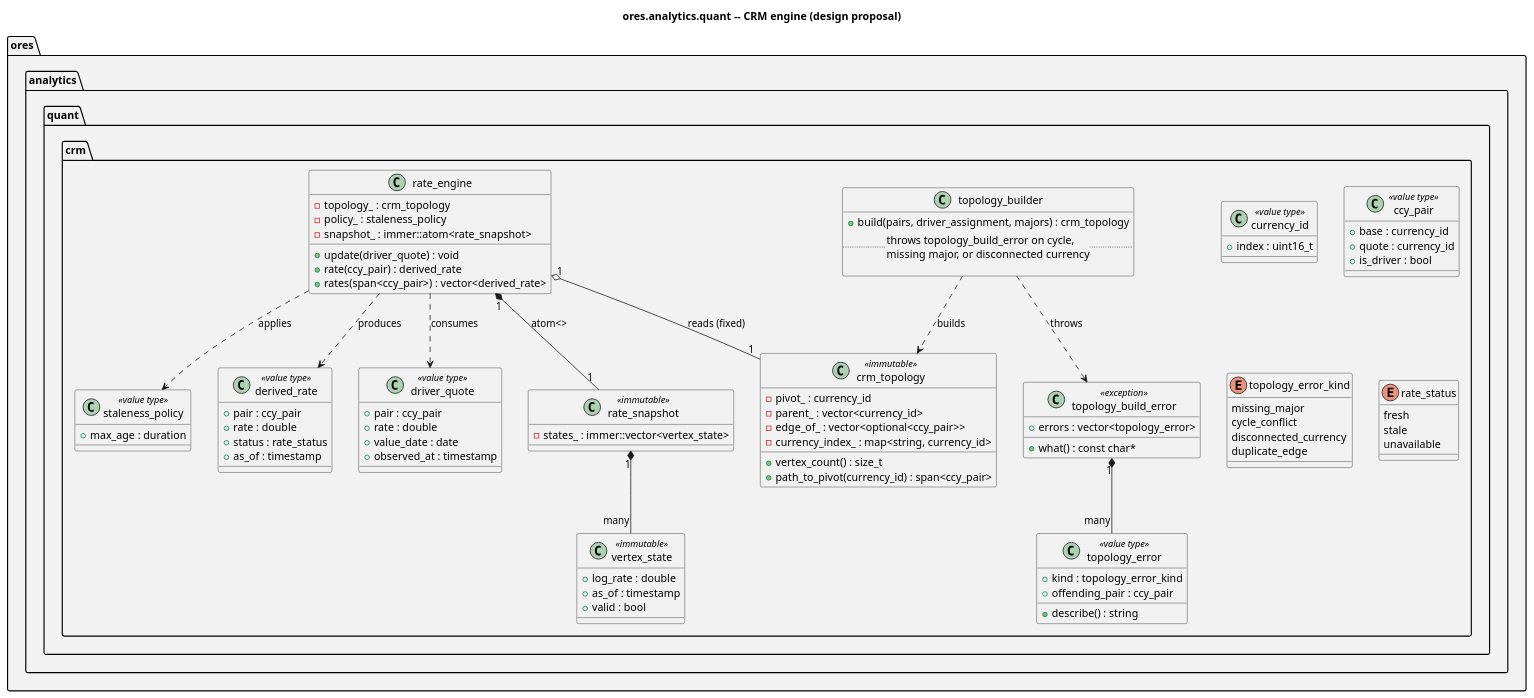
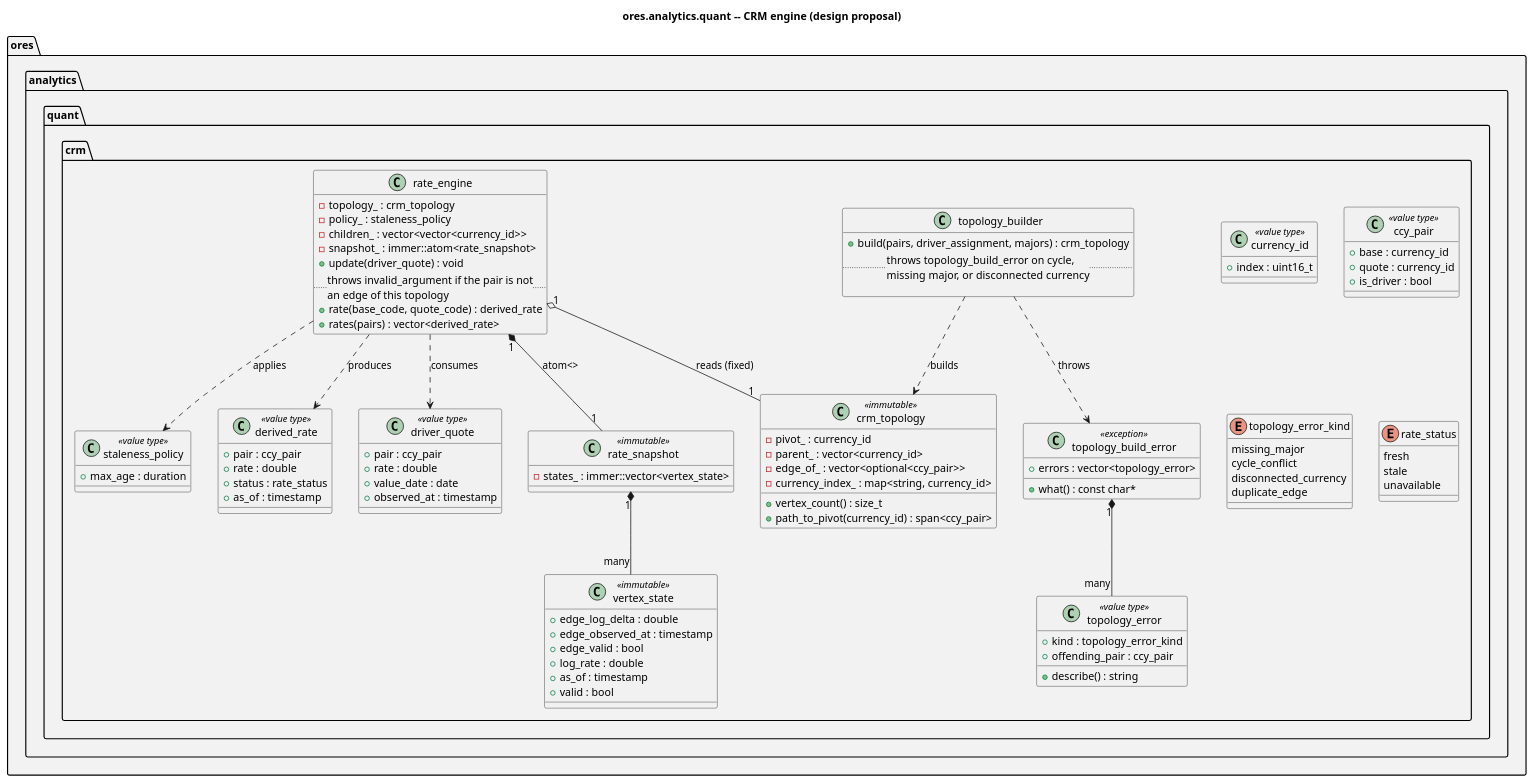
The diagram in projects/ores.analytics.quant/modeling/ores.analytics.quant.puml (OreStudio/OreStudio), drawn with PlantUML before and after one commit. The commit also changed 19 other files, not shown here.

```diff
--- a/projects/ores.analytics.quant/modeling/ores.analytics.quant.puml
+++ b/projects/ores.analytics.quant/modeling/ores.analytics.quant.puml
@@ -18,111 +18,116 @@
 @startuml
 
 title ores.analytics.quant -- CRM engine (design proposal)
 
 set namespaceSeparator ::
 
 namespace ores #F2F2F2 {
     namespace analytics #F2F2F2 {
         namespace quant #F2F2F2 {
             namespace crm #F2F2F2 {
 
                 class currency_id <<value type>> {
                     +index : uint16_t
                 }
 
                 class ccy_pair <<value type>> {
                     +base : currency_id
                     +quote : currency_id
                     +is_driver : bool
                 }
 
                 class driver_quote <<value type>> {
                     +pair : ccy_pair
                     +rate : double
                     +value_date : date
                     +observed_at : timestamp
                 }
 
                 enum topology_error_kind {
                     missing_major
                     cycle_conflict
                     disconnected_currency
                     duplicate_edge
                 }
 
                 class topology_error <<value type>> {
                     +kind : topology_error_kind
                     +offending_pair : ccy_pair
                     +describe() : string
                 }
 
                 class topology_build_error <<exception>> {
                     +errors : vector<topology_error>
                     +what() : const char*
                 }
 
                 class crm_topology <<immutable>> {
                     -pivot_ : currency_id
                     -parent_ : vector<currency_id>
                     -edge_of_ : vector<optional<ccy_pair>>
                     -currency_index_ : map<string, currency_id>
                     +vertex_count() : size_t
                     +path_to_pivot(currency_id) : span<ccy_pair>
                 }
 
                 class topology_builder {
                     +build(pairs, driver_assignment, majors) : crm_topology
                     .. throws topology_build_error on cycle,\nmissing major, or disconnected currency ..
                 }
 
                 enum rate_status {
                     fresh
                     stale
                     unavailable
                 }
 
                 class vertex_state <<immutable>> {
+                    +edge_log_delta : double
+                    +edge_observed_at : timestamp
+                    +edge_valid : bool
                     +log_rate : double
                     +as_of : timestamp
                     +valid : bool
                 }
 
                 class rate_snapshot <<immutable>> {
                     -states_ : immer::vector<vertex_state>
                 }
 
                 class staleness_policy <<value type>> {
                     +max_age : duration
                 }
 
                 class derived_rate <<value type>> {
                     +pair : ccy_pair
                     +rate : double
                     +status : rate_status
                     +as_of : timestamp
                 }
 
                 class rate_engine {
                     -topology_ : crm_topology
                     -policy_ : staleness_policy
+                    -children_ : vector<vector<currency_id>>
                     -snapshot_ : immer::atom<rate_snapshot>
                     +update(driver_quote) : void
-                    +rate(ccy_pair) : derived_rate
-                    +rates(span<ccy_pair>) : vector<derived_rate>
+                    .. throws invalid_argument if the pair is not\nan edge of this topology ..
+                    +rate(base_code, quote_code) : derived_rate
+                    +rates(pairs) : vector<derived_rate>
                 }
 
                 topology_builder ..> crm_topology : builds
                 topology_builder ..> topology_build_error : throws
                 topology_build_error "1" *-- "many" topology_error
                 rate_engine "1" o-- "1" crm_topology : reads (fixed)
                 rate_engine "1" *-- "1" rate_snapshot : atom<>
                 rate_snapshot "1" *-- "many" vertex_state
                 rate_engine ..> driver_quote : consumes
                 rate_engine ..> derived_rate : produces
                 rate_engine ..> staleness_policy : applies
             }
         }
     }
 }
 
 @enduml
```
